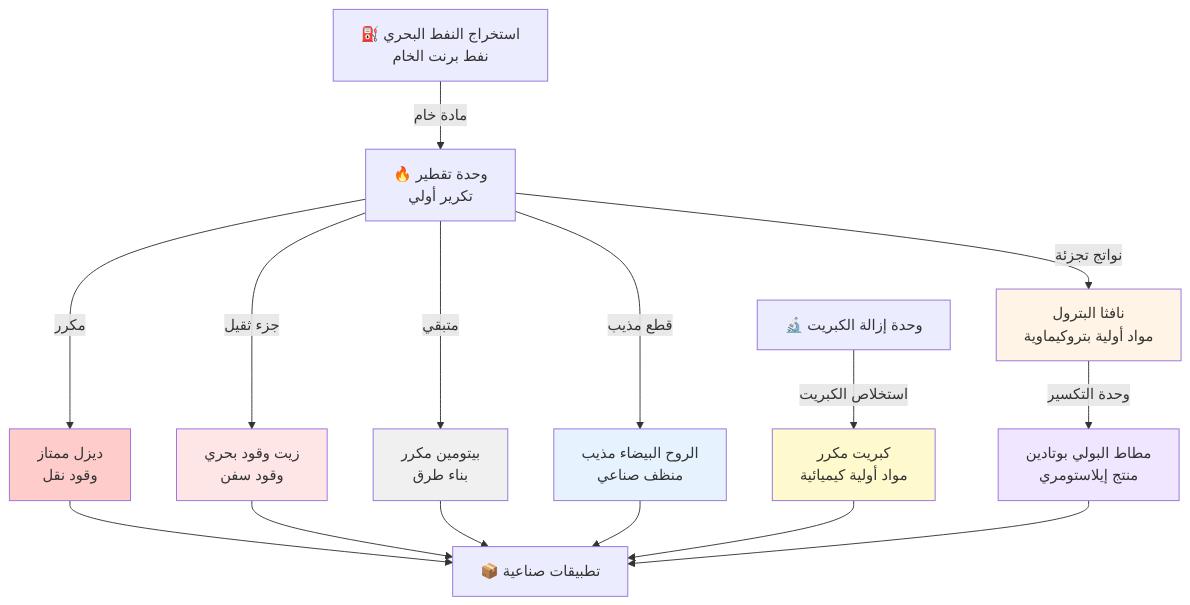
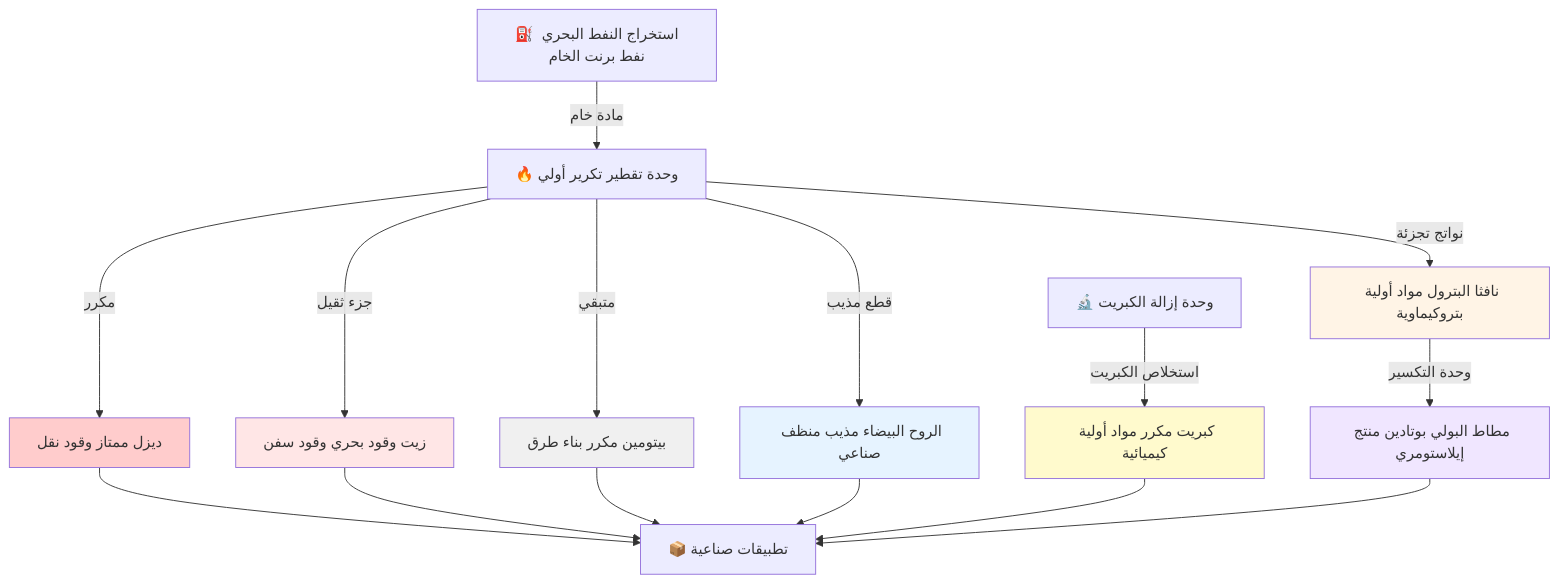
Before and after one commit to tayyebi/gcc: the third of 4 diagrams in content/ar_iq/supply-chain/index.md, drawn with Mermaid. The commit also changed other lines of this file and 56 other files, not shown here.

````diff
--- a/content/ar_iq/supply-chain/index.md
+++ b/content/ar_iq/supply-chain/index.md
@@ -90,30 +90,30 @@
 ```mermaid
 graph TD
-    A["⛽ استخراج النفط البحري<br/>نفط برنت الخام"] -->|مادة خام| B["🔥 وحدة تقطير<br/>تكرير أولي"]
+    A["⛽ استخراج النفط البحري نفط برنت الخام"] -->|مادة خام| B["🔥 وحدة تقطير تكرير أولي"]
     
-    B -->|نواتج تجزئة| C["نافثا البترول<br/>مواد أولية بتروكيماوية"]
-    B -->|مكرر| D["ديزل ممتاز<br/>وقود نقل"]
-    B -->|جزء ثقيل| E["زيت وقود بحري<br/>وقود سفن"]
-    B -->|متبقي| F["بيتومين مكرر<br/>بناء طرق"]
-    B -->|قطع مذيب| G["الروح البيضاء مذيب<br/>منظف صناعي"]
+    B -->|نواتج تجزئة| C["نافثا البترول مواد أولية بتروكيماوية"]
+    B -->|مكرر| D["ديزل ممتاز وقود نقل"]
+    B -->|جزء ثقيل| E["زيت وقود بحري وقود سفن"]
+    B -->|متبقي| F["بيتومين مكرر بناء طرق"]
+    B -->|قطع مذيب| G["الروح البيضاء مذيب منظف صناعي"]
     
-    H["🔬 وحدة إزالة الكبريت"] -->|استخلاص الكبريت| I["كبريت مكرر<br/>مواد أولية كيميائية"]
+    H["🔬 وحدة إزالة الكبريت"] -->|استخلاص الكبريت| I["كبريت مكرر مواد أولية كيميائية"]
     
-    C -->|وحدة التكسير| J["مطاط البولي بوتادين<br/>منتج إيلاستومري"]
+    C -->|وحدة التكسير| J["مطاط البولي بوتادين منتج إيلاستومري"]
     
     K["📦 تطبيقات صناعية"]
     D --> K
     E --> K
     F --> K
     G --> K
     I --> K
     J --> K
     
     style C fill:#fff4e6
     style D fill:#ffcccc
     style E fill:#ffe6e6
     style F fill:#f0f0f0
     style G fill:#e6f3ff
     style I fill:#fffacd
     style J fill:#f0e6ff
 ```
````
